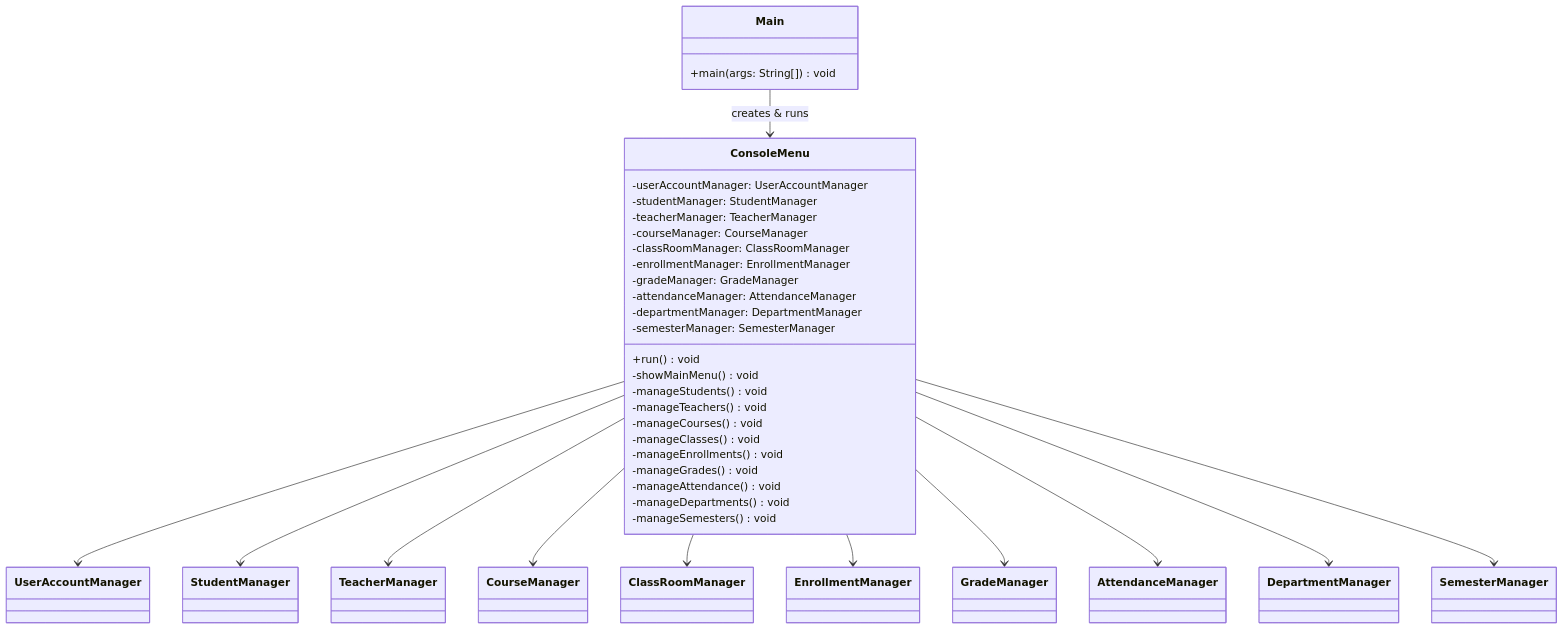
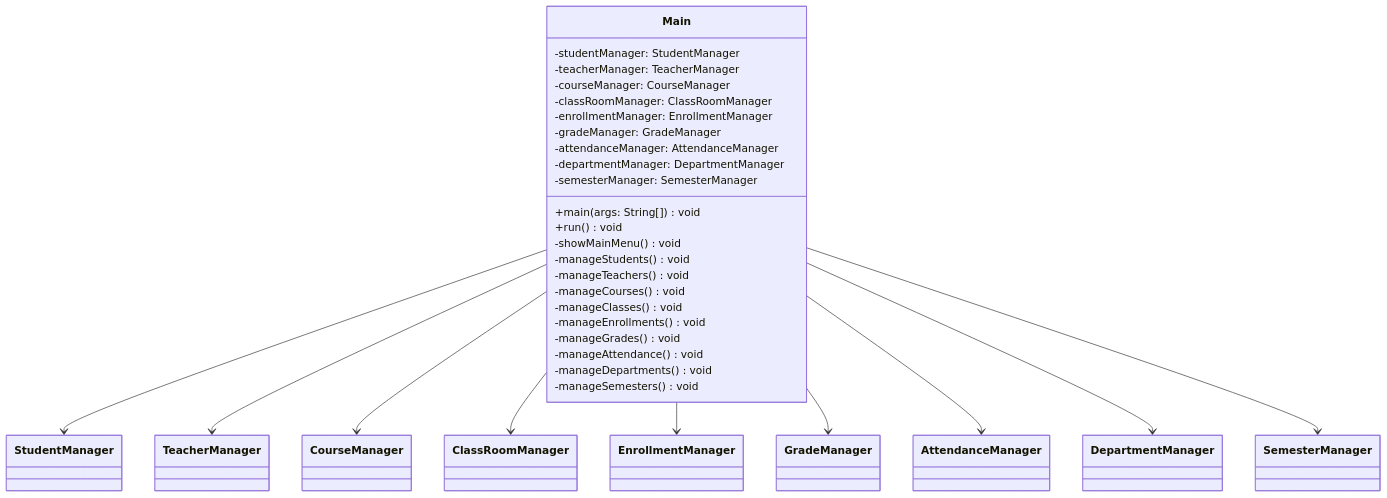
One commit to phucphuc2006/pro-192 changed the third of 3 diagrams in docs/ClassDiagrams/ClassDiagram.md. Above: the diagram before and after it, drawn with Mermaid. The commit also changed other lines of this file and 19 other files, not shown here.

````diff
--- a/docs/ClassDiagrams/ClassDiagram.md
+++ b/docs/ClassDiagrams/ClassDiagram.md
@@ -323,42 +296,36 @@
 ```mermaid
 classDiagram
     class Main {
-        +main(args: String[]) void
-    }
-
-    class ConsoleMenu {
-        -userAccountManager: UserAccountManager
         -studentManager: StudentManager
         -teacherManager: TeacherManager
         -courseManager: CourseManager
         -classRoomManager: ClassRoomManager
         -enrollmentManager: EnrollmentManager
         -gradeManager: GradeManager
         -attendanceManager: AttendanceManager
         -departmentManager: DepartmentManager
         -semesterManager: SemesterManager
+        +main(args: String[]) void
         +run() void
         -showMainMenu() void
         -manageStudents() void
         -manageTeachers() void
         -manageCourses() void
         -manageClasses() void
         -manageEnrollments() void
         -manageGrades() void
         -manageAttendance() void
         -manageDepartments() void
         -manageSemesters() void
     }
 
-    Main --> ConsoleMenu : creates & runs
-    ConsoleMenu --> UserAccountManager
-    ConsoleMenu --> StudentManager
-    ConsoleMenu --> TeacherManager
-    ConsoleMenu --> CourseManager
-    ConsoleMenu --> ClassRoomManager
-    ConsoleMenu --> EnrollmentManager
-    ConsoleMenu --> GradeManager
-    ConsoleMenu --> AttendanceManager
-    ConsoleMenu --> DepartmentManager
-    ConsoleMenu --> SemesterManager
+    Main --> StudentManager
+    Main --> TeacherManager
+    Main --> CourseManager
+    Main --> ClassRoomManager
+    Main --> EnrollmentManager
+    Main --> GradeManager
+    Main --> AttendanceManager
+    Main --> DepartmentManager
+    Main --> SemesterManager
 ```
````
